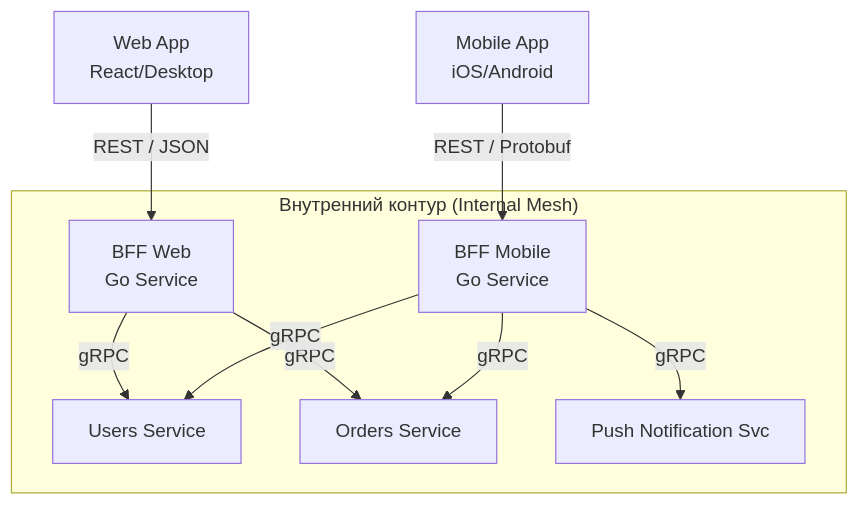
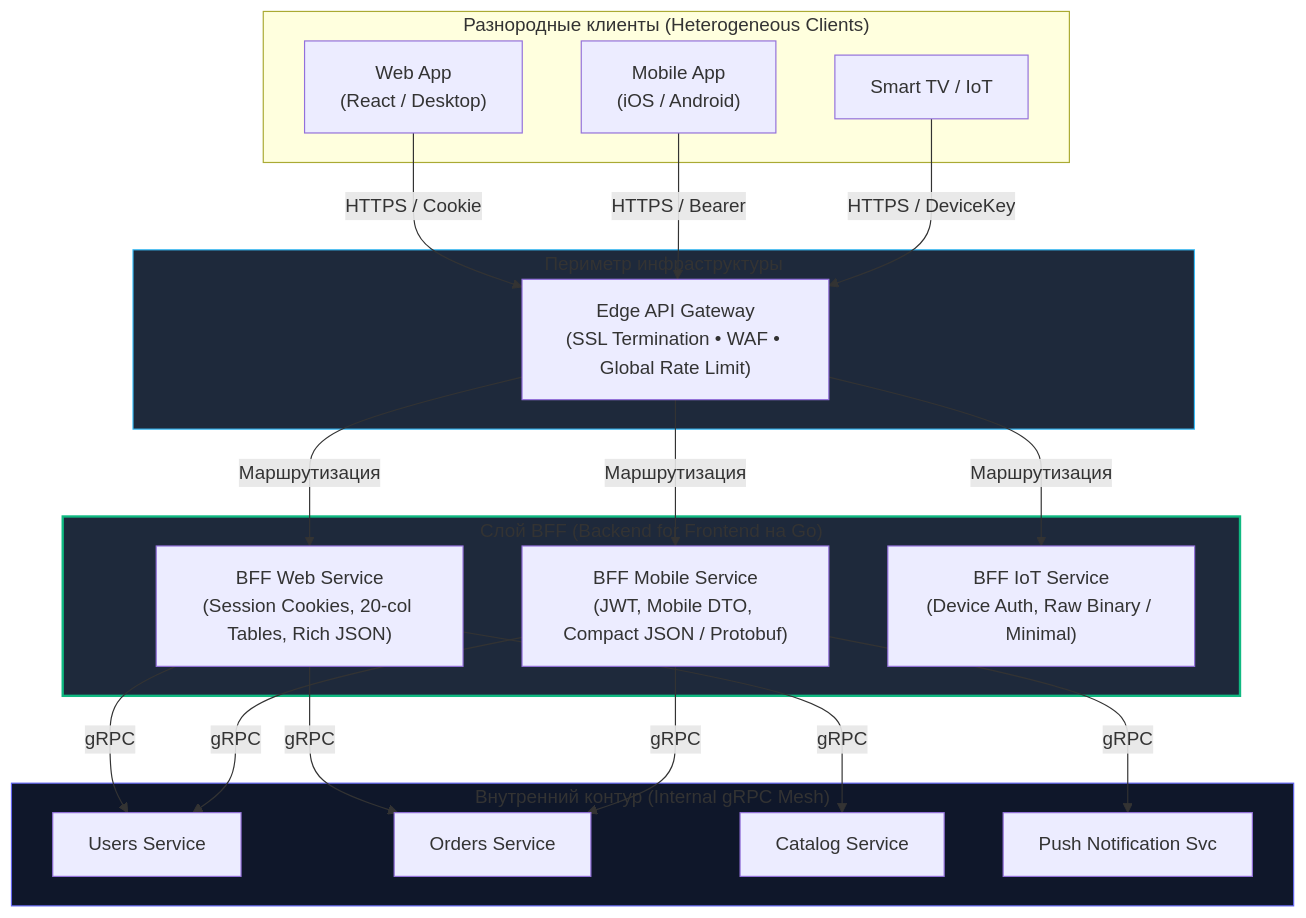
One commit to UnrealTemplier/go-textbook changed the first of 2 diagrams in sources/10. Проектирование API и Сетевые протоколы/26. BFF pattern.md. Above: the diagram before and after it, drawn with Mermaid. The commit also changed other lines of this file, not shown here.

````diff
--- a/sources/10. Проектирование API и Сетевые протоколы/26. BFF pattern.md
+++ b/sources/10. Проектирование API и Сетевые протоколы/26. BFF pattern.md
@@ -22,14 +30,45 @@
 ```mermaid
 flowchart TD
-    Web["Web App<br>React/Desktop"] -->|"REST / JSON"| BFF_Web["BFF Web<br>Go Service"]
-    Mobile["Mobile App<br>iOS/Android"] -->|"REST / Protobuf"| BFF_Mob["BFF Mobile<br>Go Service"]
-    
-    subgraph "Внутренний контур (Internal Mesh)"
-        BFF_Web -->|"gRPC"| Users["Users Service"]
-        BFF_Web -->|"gRPC"| Orders["Orders Service"]
-        
-        BFF_Mob -->|"gRPC"| Users
-        BFF_Mob -->|"gRPC"| Orders
-        BFF_Mob -->|"gRPC"| Push["Push Notification Svc"]
+    subgraph Clients ["Разнородные клиенты (Heterogeneous Clients)"]
+        Web["Web App<br>(React / Desktop)"]
+        Mob["Mobile App<br>(iOS / Android)"]
+        IoT["Smart TV / IoT"]
     end
+
+    subgraph Edge ["Периметр инфраструктуры"]
+        GW["Edge API Gateway<br>(SSL Termination • WAF • Global Rate Limit)"]
+    end
+
+    subgraph BFF_Layer ["Слой BFF (Backend for Frontend на Go)"]
+        BFF_Web["BFF Web Service<br>(Session Cookies, 20-col Tables, Rich JSON)"]
+        BFF_Mob["BFF Mobile Service<br>(JWT, Mobile DTO, Compact JSON / Protobuf)"]
+        BFF_IoT["BFF IoT Service<br>(Device Auth, Raw Binary / Minimal)"]
+    end
+
+    subgraph Mesh ["Внутренний контур (Internal gRPC Mesh)"]
+        Users["Users Service"]
+        Orders["Orders Service"]
+        Catalog["Catalog Service"]
+        Push["Push Notification Svc"]
+    end
+
+    Web -->|"HTTPS / Cookie"| GW
+    Mob -->|"HTTPS / Bearer"| GW
+    IoT -->|"HTTPS / DeviceKey"| GW
+
+    GW -->|"Маршрутизация"| BFF_Web
+    GW -->|"Маршрутизация"| BFF_Mob
+    GW -->|"Маршрутизация"| BFF_IoT
+
+    BFF_Web -->|"gRPC"| Users
+    BFF_Web -->|"gRPC"| Orders
+    BFF_Web -->|"gRPC"| Catalog
+
+    BFF_Mob -->|"gRPC"| Users
+    BFF_Mob -->|"gRPC"| Orders
+    BFF_Mob -->|"gRPC"| Push
+
+    style Edge fill:#1e293b,stroke:#38bdf8,stroke-width:1px
+    style BFF_Layer fill:#1e293b,stroke:#10b981,stroke-width:2px
+    style Mesh fill:#0f172a,stroke:#6366f1,stroke-width:1px
 ```
````
